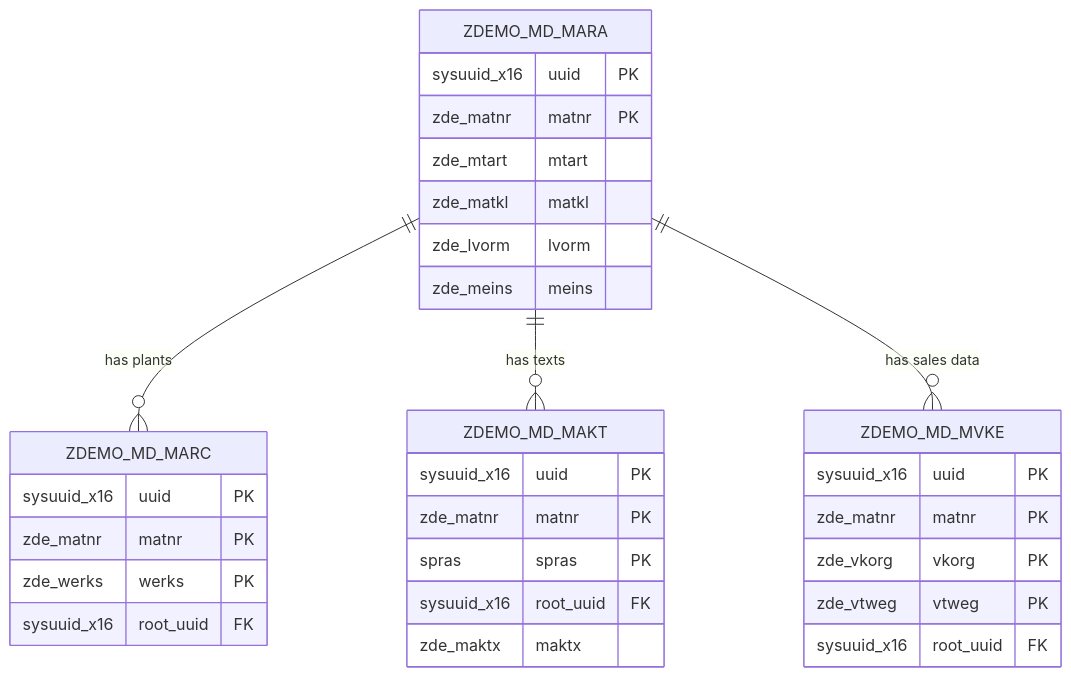
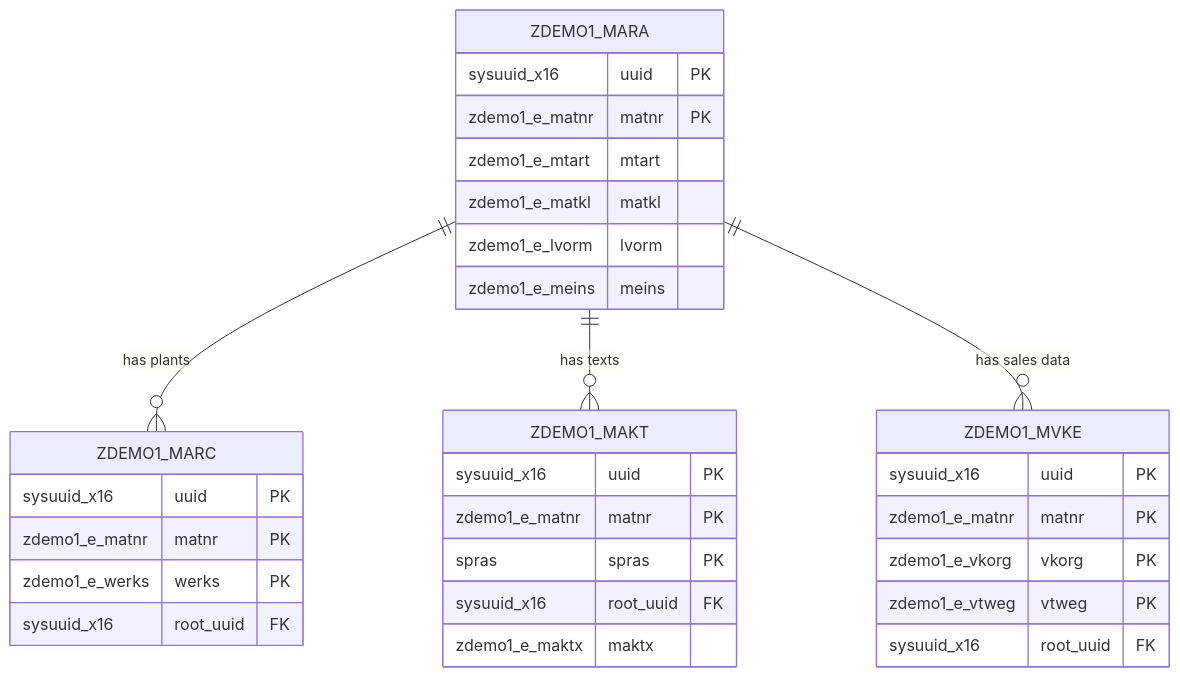
Before and after one commit to fr0ster/cloud-llm-hub: the third of 10 diagrams in docs/tutorials/rap-bo-creation.md, drawn with Mermaid. The commit also changed other lines of this file, not shown here.

````diff
--- a/docs/tutorials/rap-bo-creation.md
+++ b/docs/tutorials/rap-bo-creation.md
@@ -91,38 +121,38 @@
 ```mermaid
 erDiagram
-    ZDEMO_MD_MARA ||--o{ ZDEMO_MD_MARC : "has plants"
-    ZDEMO_MD_MARA ||--o{ ZDEMO_MD_MAKT : "has texts"
-    ZDEMO_MD_MARA ||--o{ ZDEMO_MD_MVKE : "has sales data"
+    ZDEMO1_MARA ||--o{ ZDEMO1_MARC : "has plants"
+    ZDEMO1_MARA ||--o{ ZDEMO1_MAKT : "has texts"
+    ZDEMO1_MARA ||--o{ ZDEMO1_MVKE : "has sales data"
 
-    ZDEMO_MD_MARA {
+    ZDEMO1_MARA {
         sysuuid_x16 uuid PK
-        zde_matnr matnr PK
-        zde_mtart mtart
-        zde_matkl matkl
-        zde_lvorm lvorm
-        zde_meins meins
+        zdemo1_e_matnr matnr PK
+        zdemo1_e_mtart mtart
+        zdemo1_e_matkl matkl
+        zdemo1_e_lvorm lvorm
+        zdemo1_e_meins meins
     }
 
-    ZDEMO_MD_MARC {
+    ZDEMO1_MARC {
         sysuuid_x16 uuid PK
-        zde_matnr matnr PK
-        zde_werks werks PK
+        zdemo1_e_matnr matnr PK
+        zdemo1_e_werks werks PK
         sysuuid_x16 root_uuid FK
     }
 
-    ZDEMO_MD_MAKT {
+    ZDEMO1_MAKT {
         sysuuid_x16 uuid PK
-        zde_matnr matnr PK
+        zdemo1_e_matnr matnr PK
         spras spras PK
         sysuuid_x16 root_uuid FK
-        zde_maktx maktx
+        zdemo1_e_maktx maktx
     }
 
-    ZDEMO_MD_MVKE {
+    ZDEMO1_MVKE {
         sysuuid_x16 uuid PK
-        zde_matnr matnr PK
-        zde_vkorg vkorg PK
-        zde_vtweg vtweg PK
+        zdemo1_e_matnr matnr PK
+        zdemo1_e_vkorg vkorg PK
+        zdemo1_e_vtweg vtweg PK
         sysuuid_x16 root_uuid FK
     }
 ```
````
